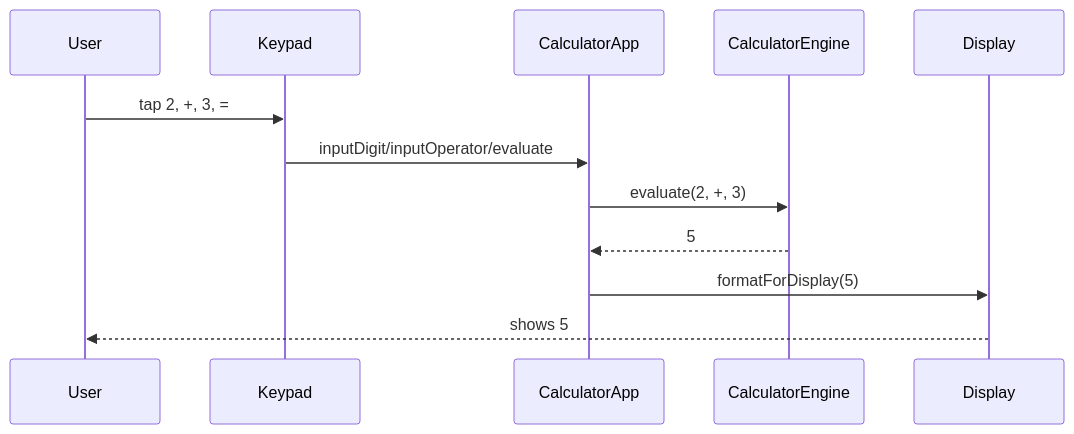
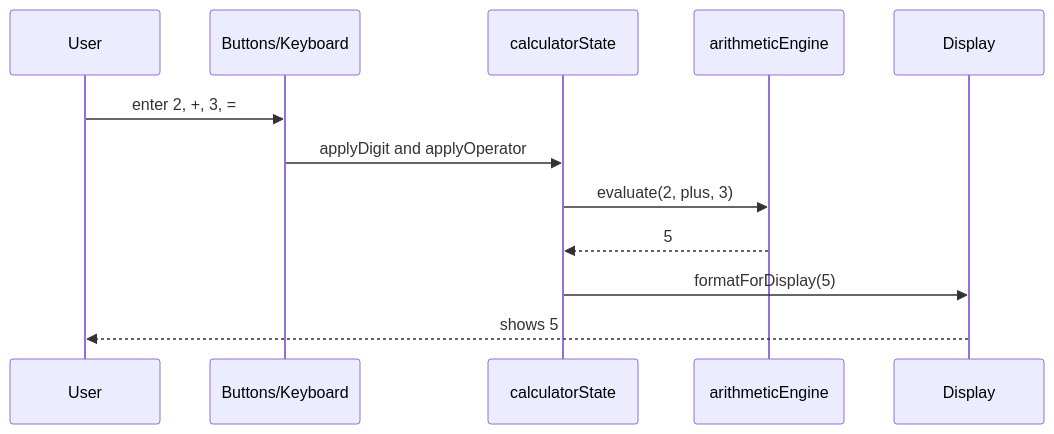
The second of 5 diagrams in docs/sdlc/architecture/README.md (satya1802/simple-calculator-2), drawn with Mermaid before and after one commit. The commit also changed other lines of this file and 8 other files, not shown here.

````diff
--- a/docs/sdlc/architecture/README.md
+++ b/docs/sdlc/architecture/README.md
@@ -169,14 +152,14 @@
 ```mermaid
 sequenceDiagram
   participant User
-  participant Keypad
-  participant App as CalculatorApp
-  participant Engine as CalculatorEngine
+  participant UI as Buttons/Keyboard
+  participant State as calculatorState
+  participant Engine as arithmeticEngine
   participant Display
-  User->>Keypad: tap 2, +, 3, =
-  Keypad->>App: inputDigit/inputOperator/evaluate
-  App->>Engine: evaluate(2, +, 3)
-  Engine-->>App: 5
-  App->>Display: formatForDisplay(5)
+  User->>UI: enter 2, +, 3, =
+  UI->>State: applyDigit and applyOperator
+  State->>Engine: evaluate(2, plus, 3)
+  Engine-->>State: 5
+  State->>Display: formatForDisplay(5)
   Display-->>User: shows 5
 ```
````
